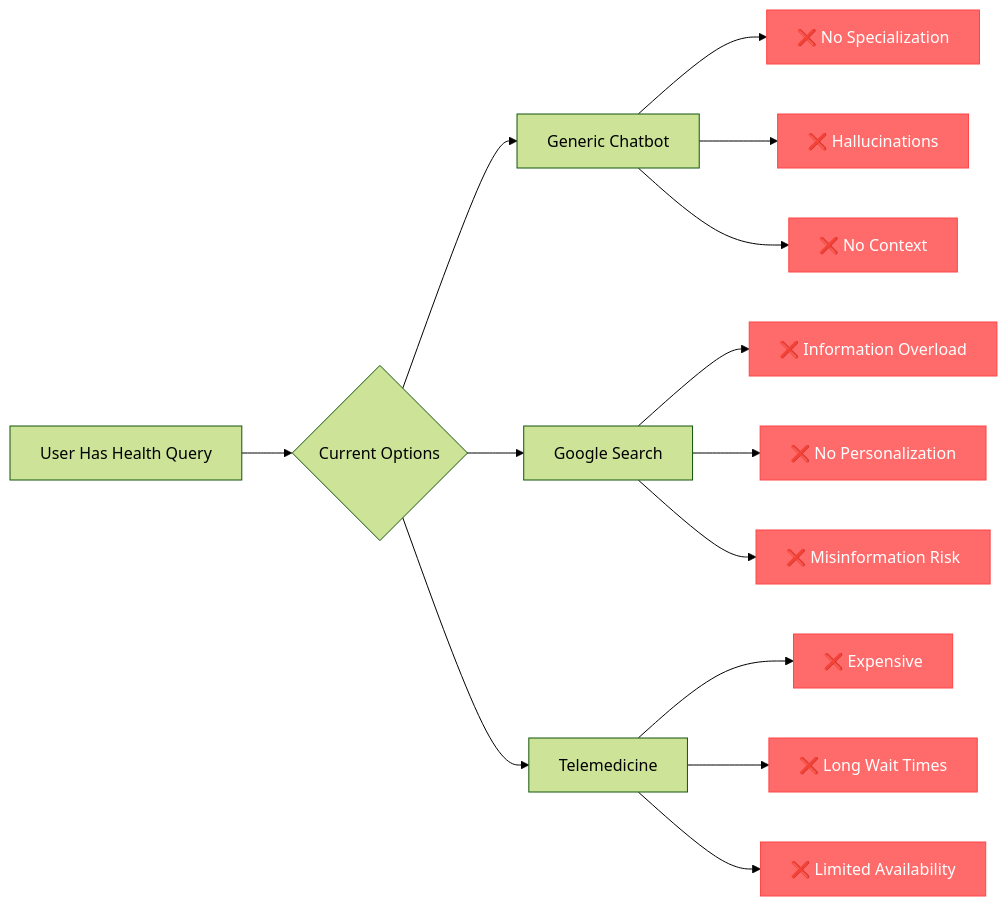
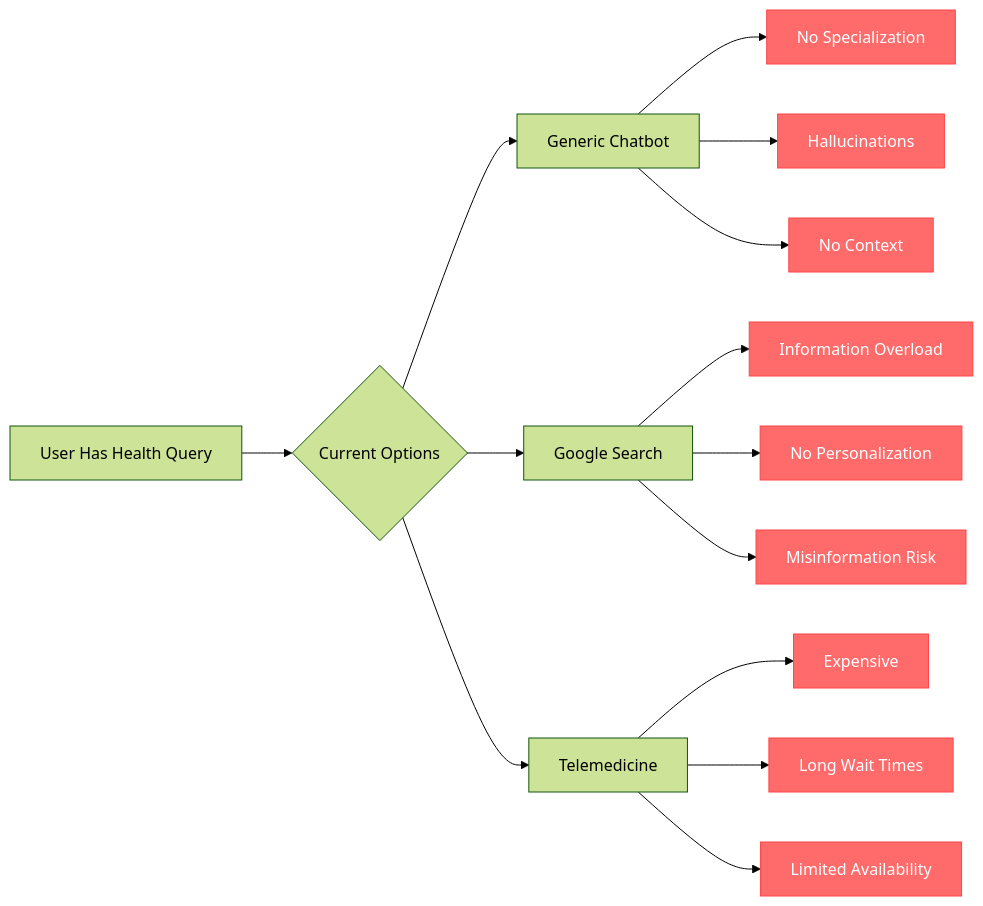
The second of 12 diagrams in docs/01_Project_Foundation.md (Samarjamal326/MediOrchesctrator-Agent), drawn with Mermaid (forest theme) before and after one commit. The commit also changed other lines of this file and 5 other files, not shown here.

````diff
--- a/docs/01_Project_Foundation.md
+++ b/docs/01_Project_Foundation.md
@@ -75,29 +75,29 @@
 ```mermaid
 graph LR
     A[User Has Health Query] --> B{Current Options}
     B --> C[Generic Chatbot]
     B --> D[Google Search]
     B --> E[Telemedicine]
     
-    C --> F[❌ No Specialization]
-    C --> G[❌ Hallucinations]
-    C --> H[❌ No Context]
+    C --> F[ No Specialization]
+    C --> G[ Hallucinations]
+    C --> H[ No Context]
     
-    D --> I[❌ Information Overload]
-    D --> J[❌ No Personalization]
-    D --> K[❌ Misinformation Risk]
+    D --> I[ Information Overload]
+    D --> J[ No Personalization]
+    D --> K[ Misinformation Risk]
     
-    E --> L[❌ Expensive]
-    E --> M[❌ Long Wait Times]
-    E --> N[❌ Limited Availability]
+    E --> L[ Expensive]
+    E --> M[ Long Wait Times]
+    E --> N[ Limited Availability]
 
     style F fill:#FF6B6B,stroke:#FF4444,color:#fff
     style G fill:#FF6B6B,stroke:#FF4444,color:#fff
     style H fill:#FF6B6B,stroke:#FF4444,color:#fff
     style I fill:#FF6B6B,stroke:#FF4444,color:#fff
     style J fill:#FF6B6B,stroke:#FF4444,color:#fff
     style K fill:#FF6B6B,stroke:#FF4444,color:#fff
     style L fill:#FF6B6B,stroke:#FF4444,color:#fff
     style M fill:#FF6B6B,stroke:#FF4444,color:#fff
     style N fill:#FF6B6B,stroke:#FF4444,color:#fff
 ```
````
